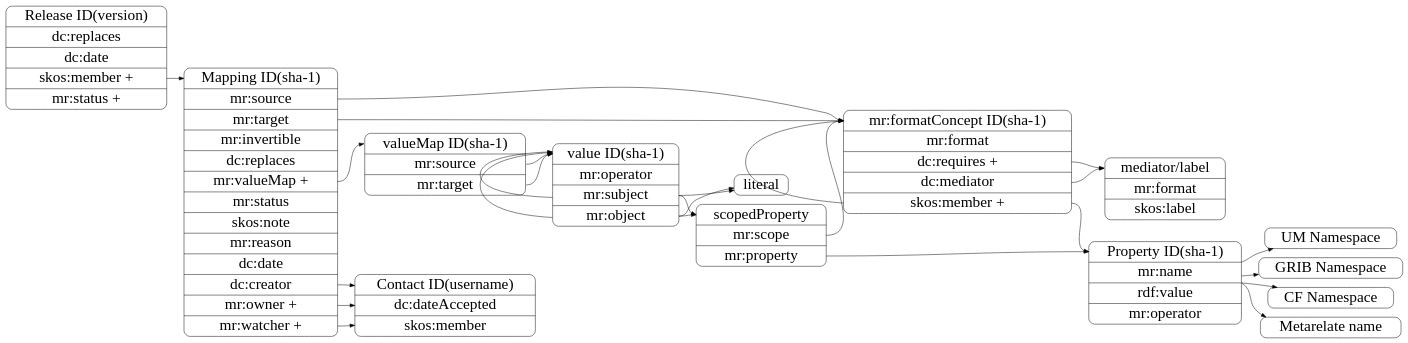
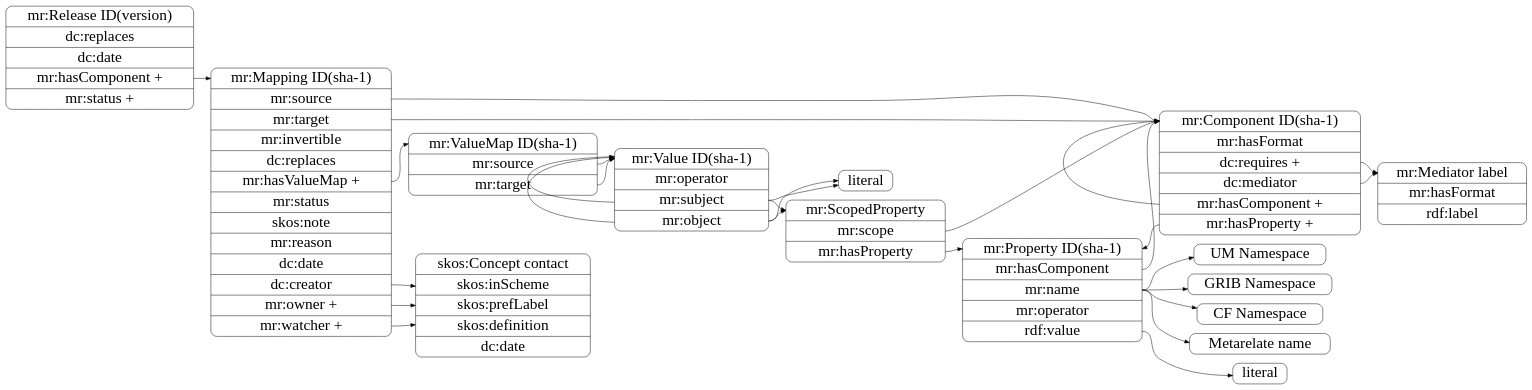
The diagram in docs/source/developer/design/records.dot (metarelate/metOcean-mapping), drawn with Graphviz before and after one commit. The commit also changed 19 other files, not shown here.

```diff
--- a/docs/source/developer/design/records.dot
+++ b/docs/source/developer/design/records.dot
@@ -1,117 +1,123 @@
 digraph records {
 
 ## basic setup 
 
    	rankdir = LR;
         node [
         fontsize = 32,
         shape = Mrecord
         ];
 
         edge [
         fontsize = 24
         ];
 
 ## class definitions
 
    	property [
-	label = "<title> Property ID(sha-1) |<prop> mr:name | rdf:value| mr:operator "
+	label = "<title> mr:Property ID(sha-1) |<comp> mr:hasComponent |<name> mr:name |<op> mr:operator|<pval> rdf:value"
 	];
 
    	formatconcept [
-	label = "<title> mr:formatConcept ID(sha-1) |<format> mr:format |<req> dc:requires +|<med> dc:mediator|<component> skos:member +"
+	label = "<title> mr:Component ID(sha-1) |<format> mr:hasFormat |<req> dc:requires +|<med> dc:mediator|<component> mr:hasComponent +|<prop> mr:hasProperty +"
 	];
 
         mediator [
-	label = "<title> mediator/label |<format> mr:format|<label> skos:label  "
+	label = "<title> mr:Mediator label |<format> mr:hasFormat|<label> rdf:label  "
 	];
 
 	valuemap [
-	label = "<title> valueMap ID(sha-1) |<source> mr:source |<target> mr:target" 
+	label = "<title> mr:ValueMap ID(sha-1) |<source> mr:source |<target> mr:target" 
 	];
 
 	getattr [
-	label = "<title> scopedProperty | <scope> mr:scope |<val> mr:property"
+	label = "<title> mr:ScopedProperty | <scope> mr:scope |<val> mr:hasProperty"
 	];
 
 	literal [
 	label = "<title> literal"
 	];
 
+	literal2 [
+	label = "<title> literal"
+	];
+
 	value [
-	label = "<title> value ID(sha-1) |<o> mr:operator |<sub> mr:subject |<ob> mr:object"
+	label = "<title> mr:Value ID(sha-1) |<o> mr:operator |<sub> mr:subject |<ob> mr:object"
 	];
 
 	mapping [
-	label = "<title> Mapping ID(sha-1) |<source> mr:source |<target> mr:target |mr:invertible | dc:replaces  |<valmap> mr:valueMap +|mr:status |skos:note |mr:reason |dc:date |<c> dc:creator |<o> mr:owner + |<w> mr:watcher +"
+	label = "<title> mr:Mapping ID(sha-1) |<source> mr:source |<target> mr:target |mr:invertible | dc:replaces  |<valmap> mr:hasValueMap +|mr:status |skos:note |mr:reason |dc:date |<c> dc:creator |<o> mr:owner + |<w> mr:watcher +"
 	];
 
 
 	release [
-	label = "<title> Release ID(version)|dc:replaces|dc:date|<con>skos:member + |mr:status +"
+	label = "<title> mr:Release ID(version)|dc:replaces|dc:date|<con>mr:hasComponent + |mr:status +"
 	];
 
 	contact [
-	label = "<title> Contact ID(username) | dc:dateAccepted | skos:member"
+	label = "<title> skos:Concept contact | skos:inScheme| skos:prefLabel |skos:definition |dc:date"
 	];
 
 	um [
 	label = "UM Namespace"
 	];
 
 	grib [
 	label = "GRIB Namespace"
 	];
 
 	cf [
 	label = "CF Namespace"
 	];
 
 	mrnamed [
 	label = "Metarelate name"
 	];
 
 ## relations
 
 
 	release:con -> mapping:title
 	
 	mapping:source -> formatconcept:title
 
 	mapping:target -> formatconcept:title
 
 	formatconcept:component -> formatconcept:title
 
-	formatconcept:component -> property:title
+	formatconcept:prop -> property:title
 
 	formatconcept:med -> mediator:title
 	formatconcept:req -> mediator:title
 
 	mapping:valmap -> valuemap:title
 
 	valuemap:source -> value:title
 	valuemap:target -> value:title
 
 	getattr:val -> property:title
 	getattr:scope -> formatconcept:title
 
+        property:comp -> formatconcept:title
+        property:pval -> literal2:title
 	property:name -> um
 	property:name -> grib
 	property:name -> cf
 	property:name -> mrnamed
 
 	mapping:c -> contact
 	mapping:o -> contact
 	mapping:w -> contact
 
 	value:sub -> value:title
 	value:ob -> value:title
 
 	value:sub -> getattr:title
 	value:ob -> getattr:title
 
 	value:sub -> literal:title
 	value:ob -> literal:title
 
 
 }
```
